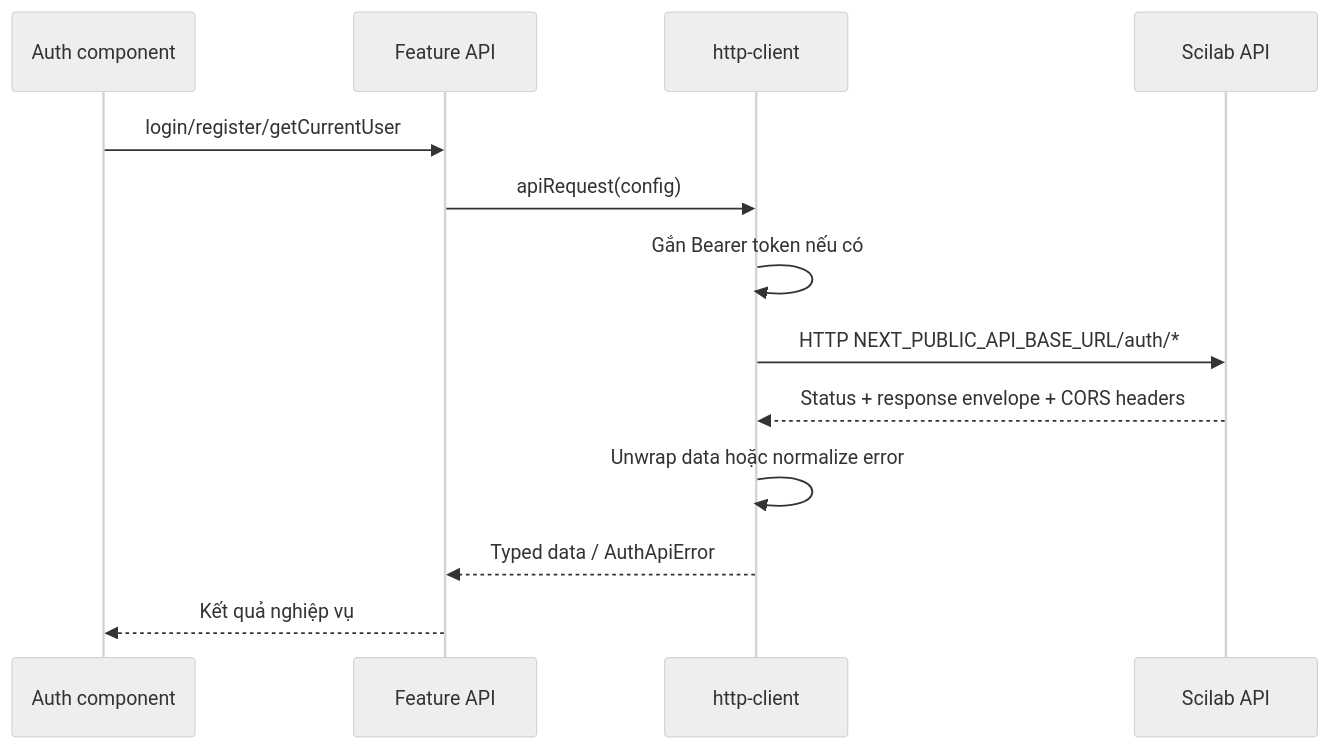
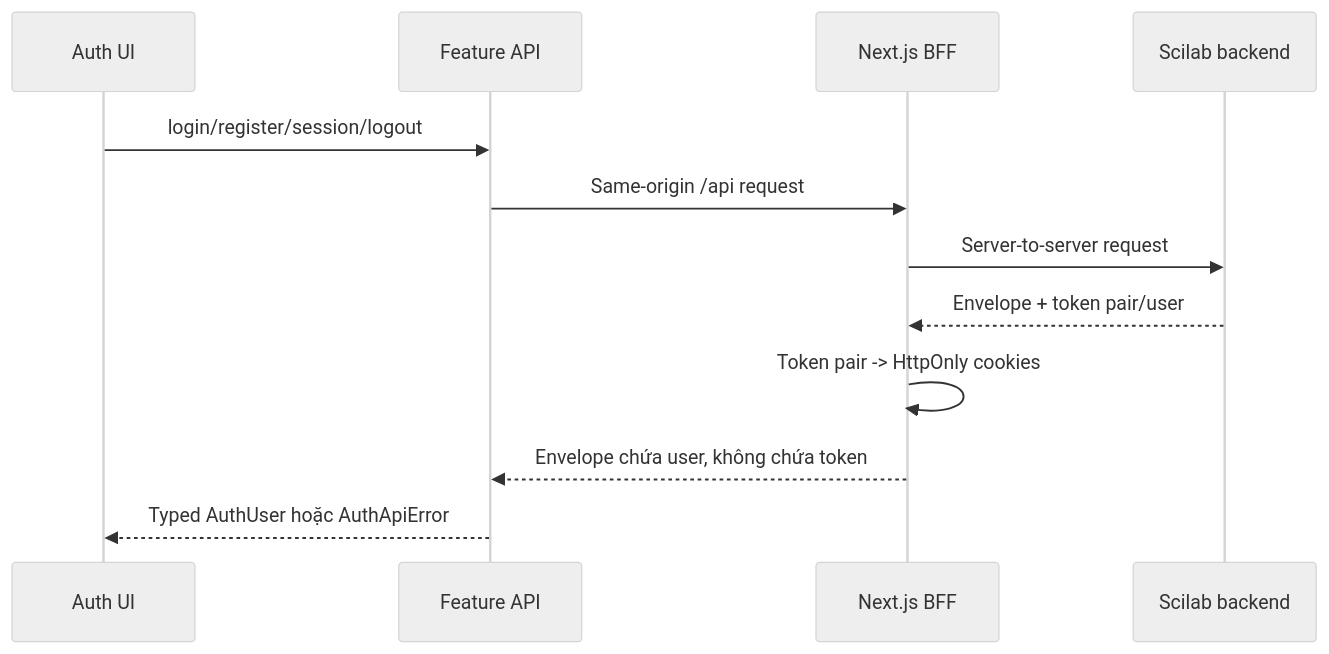
The first of 3 diagrams in apps/web/docs/feature-based-architecture-and-auth.md (Scilab-alpha/Scilab), drawn with Mermaid (neutral theme) before and after one commit. The commit also changed other lines of this file and 50 other files, not shown here.

Commit message:
feat(auth): implement BFF for FE and redesign UI

````diff
--- a/apps/web/docs/feature-based-architecture-and-auth.md
+++ b/apps/web/docs/feature-based-architecture-and-auth.md
@@ -107,16 +73,15 @@
 ```mermaid
 sequenceDiagram
-    participant UI as Auth component
+    participant UI as Auth UI
     participant API as Feature API
-    participant Axios as http-client
-    participant BE as Scilab API
+    participant BFF as Next.js BFF
+    participant BE as Scilab backend
 
-    UI->>API: login/register/getCurrentUser
-    API->>Axios: apiRequest(config)
-    Axios->>Axios: Gắn Bearer token nếu có
-    Axios->>BE: HTTP NEXT_PUBLIC_API_BASE_URL/auth/*
-    BE-->>Axios: Status + response envelope + CORS headers
-    Axios->>Axios: Unwrap data hoặc normalize error
-    Axios-->>API: Typed data / AuthApiError
-    API-->>UI: Kết quả nghiệp vụ
+    UI->>API: login/register/session/logout
+    API->>BFF: Same-origin /api request
+    BFF->>BE: Server-to-server request
+    BE-->>BFF: Envelope + token pair/user
+    BFF->>BFF: Token pair -> HttpOnly cookies
+    BFF-->>API: Envelope chứa user, không chứa token
+    API-->>UI: Typed AuthUser hoặc AuthApiError
 ```
````
